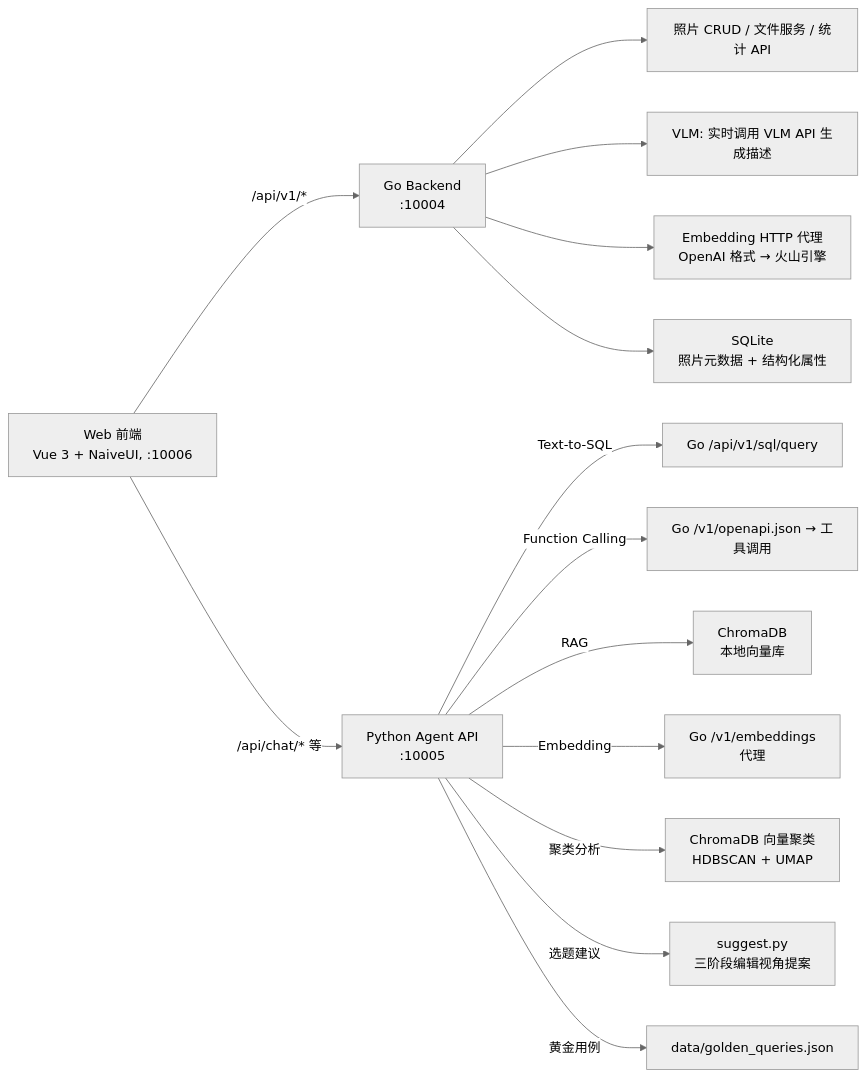
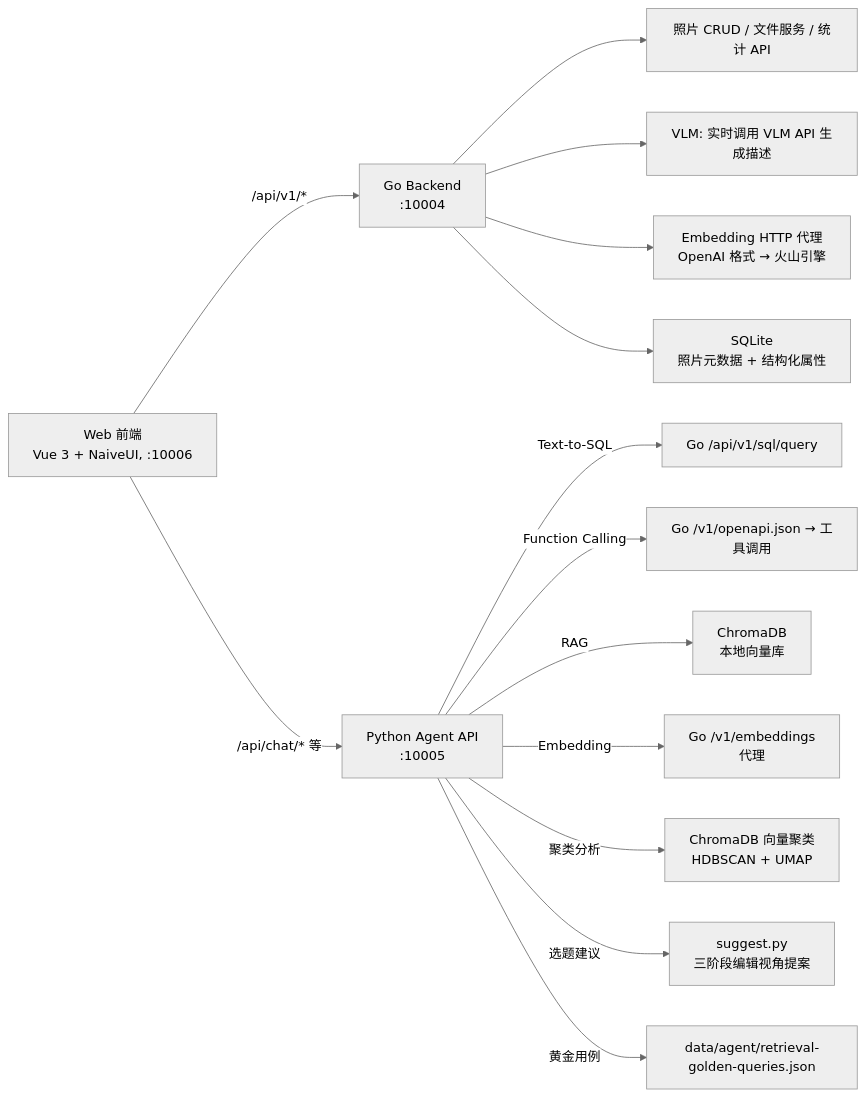
Before and after one commit to pancake-lee/photo-agent: the first of 5 diagrams in docs/tech.md, drawn with Mermaid (neutral theme). The commit also changed 112 other files, not shown here.

````diff
--- a/docs/tech.md
+++ b/docs/tech.md
@@ -10,19 +10,19 @@
 ```mermaid
 flowchart LR
     A["Web 前端<br>Vue 3 + NaiveUI, :10006"]
     A -->|"/api/v1/*"| B["Go Backend<br>:10004"]
     A -->|"/api/chat/* 等"| C["Python Agent API<br>:10005"]
 
     C -->|Text-to-SQL| D["Go /api/v1/sql/query"]
     C -->|Function Calling| E["Go /v1/openapi.json → 工具调用"]
     C -->|RAG| F["ChromaDB<br>本地向量库"]
     C -->|Embedding| G["Go /v1/embeddings<br>代理"]
     C -->|聚类分析| H["ChromaDB 向量聚类<br>HDBSCAN + UMAP"]
     C -->|选题建议| I["suggest.py<br>三阶段编辑视角提案"]
-    C -->|黄金用例| J["data/golden_queries.json"]
+    C -->|黄金用例| J["data/agent/retrieval-golden-queries.json"]
 
     B --> K["照片 CRUD / 文件服务 / 统计 API"]
     B --> M["VLM: 实时调用 VLM API 生成描述"]
     B --> N["Embedding HTTP 代理<br>OpenAI 格式 → 火山引擎"]
     B --> O["SQLite<br>照片元数据 + 结构化属性"]
 ```
````
